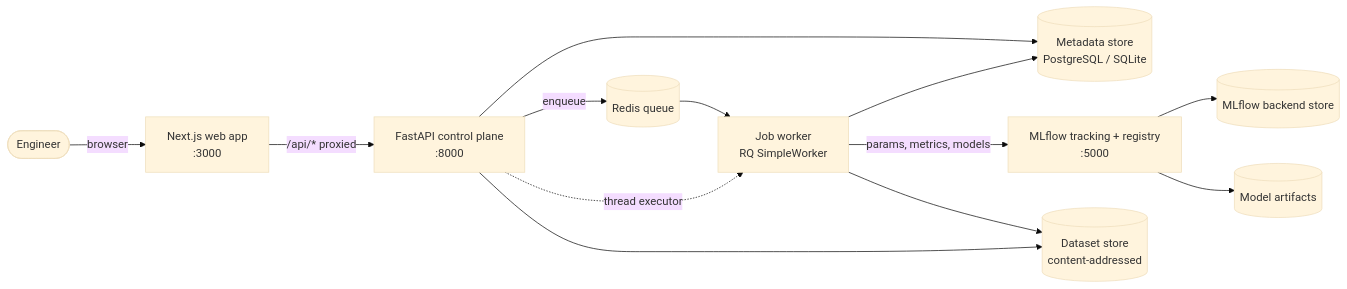
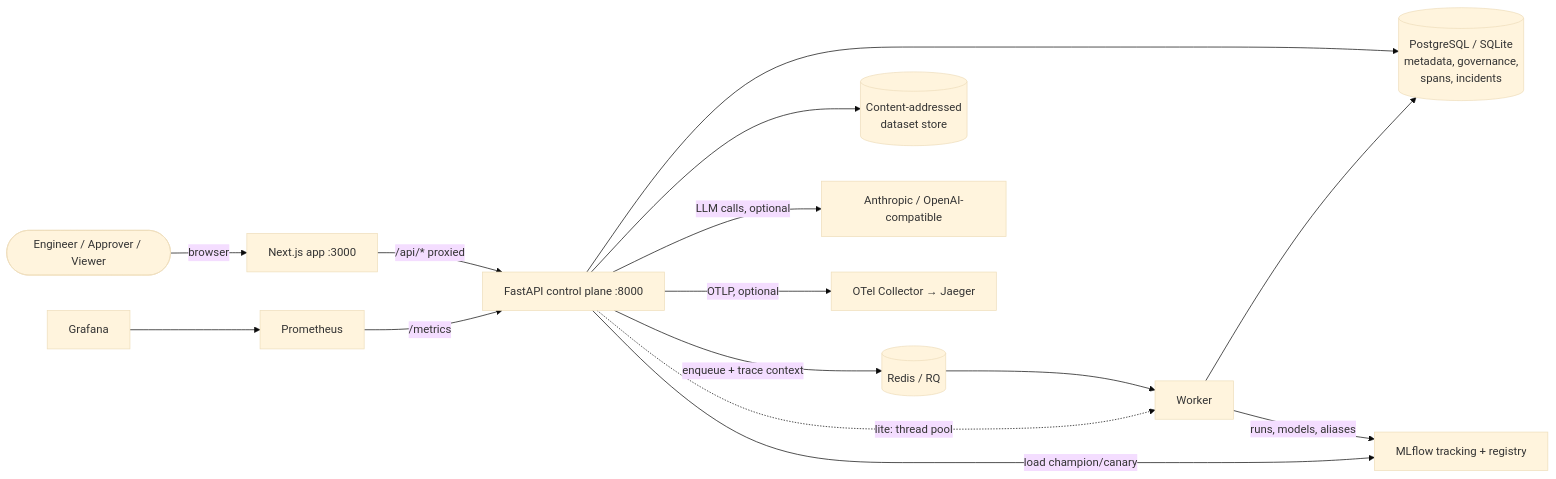
The first of 3 diagrams in docs/architecture.md (Singhsh01/EvalForge), drawn with Mermaid (base theme) before and after one commit. The commit also changed other lines of this file and 84 other files, not shown here.

Commit message:
Milestone 8: fifteen frontend modules with sign-in wired to the API, browser e2e smoke test, observability compose profile, enterprise demo with three measured case studies, guides, ADRs 0006–0010, feature matrix; widen pipeline status column (found on PostgreSQL)

````diff
--- a/docs/architecture.md
+++ b/docs/architecture.md
@@ -9,15 +10,17 @@
 ```mermaid
 flowchart LR
-  user([Engineer]) -->|browser| web[Next.js web app<br/>:3000]
-  web -->|/api/* proxied| api[FastAPI control plane<br/>:8000]
-  api --> meta[(Metadata store<br/>PostgreSQL / SQLite)]
-  api -->|enqueue| q[(Redis queue)]
-  q --> worker[Job worker<br/>RQ SimpleWorker]
-  api -. thread executor .-> worker
+  user([Engineer / Approver / Viewer]) -->|browser| web[Next.js app :3000]
+  web -->|/api/* proxied| api[FastAPI control plane :8000]
+  api --> meta[(PostgreSQL / SQLite<br/>metadata, governance,<br/>spans, incidents)]
+  api -->|enqueue + trace context| q[(Redis / RQ)]
+  q --> worker[Worker]
+  api -. lite: thread pool .-> worker
   worker --> meta
-  worker -->|params, metrics, models| mlflow[MLflow tracking + registry<br/>:5000]
-  mlflow --> mlstore[(MLflow backend store)]
-  mlflow --> artifacts[(Model artifacts)]
-  worker --> files[(Dataset store<br/>content-addressed)]
-  api --> files
+  worker -->|runs, models, aliases| mlflow[MLflow tracking + registry]
+  api -->|load champion/canary| mlflow
+  api --> files[(Content-addressed<br/>dataset store)]
+  api -->|LLM calls, optional| llm[Anthropic / OpenAI-compatible]
+  api -->|OTLP, optional| otel[OTel Collector → Jaeger]
+  prom[Prometheus] -->|/metrics| api
+  graf[Grafana] --> prom
 ```
````
